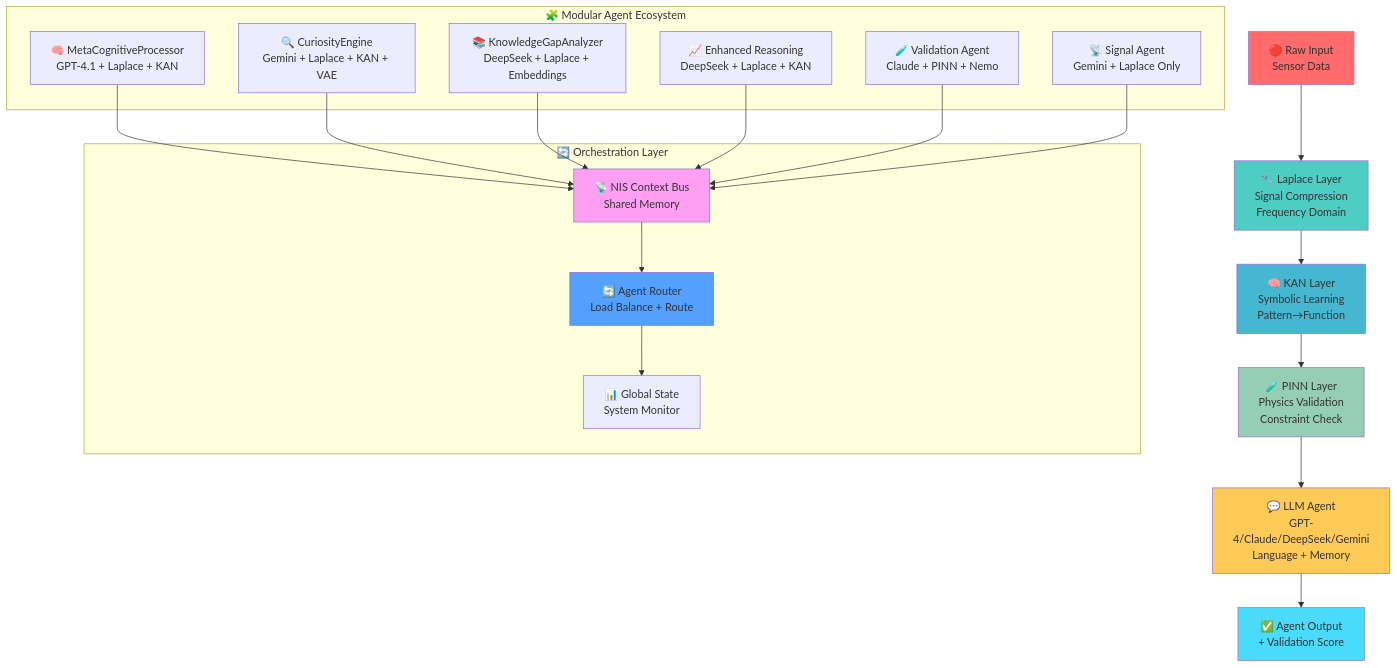
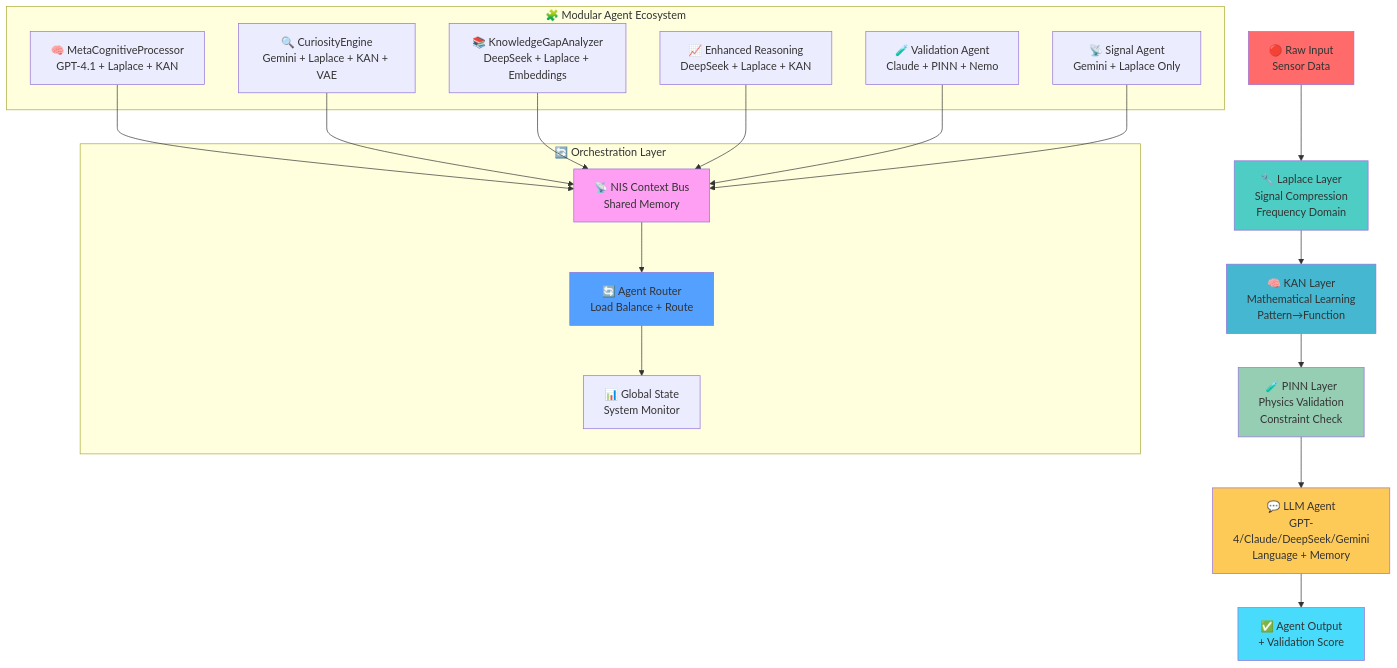
One commit to Organica-Ai-Solutions/NIS_Protocol changed the diagram in README.md. Above: the diagram before and after it, drawn with Mermaid. The commit also changed other lines of this file and 50 other files, not shown here.

````diff
--- a/README.md
+++ b/README.md
@@ -45,42 +45,42 @@
 ```mermaid
 graph TD
     A["🔴 Raw Input<br/>Sensor Data"] --> B["🔧 Laplace Layer<br/>Signal Compression<br/>Frequency Domain"]
-    B --> C["🧠 KAN Layer<br/>Symbolic Learning<br/>Pattern→Function"]
+    B --> C["🧠 KAN Layer<br/>Mathematical Learning<br/>Pattern→Function"]
     C --> D["🧪 PINN Layer<br/>Physics Validation<br/>Constraint Check"]
     D --> E["💬 LLM Agent<br/>GPT-4/Claude/DeepSeek/Gemini<br/>Language + Memory"]
     E --> F["✅ Agent Output<br/>+ Validation Score"]
     
     subgraph "🧩 Modular Agent Ecosystem"
         G["🧠 MetaCognitiveProcessor<br/>GPT-4.1 + Laplace + KAN"]
         H["🔍 CuriosityEngine<br/>Gemini + Laplace + KAN + VAE"]
         I["📚 KnowledgeGapAnalyzer<br/>DeepSeek + Laplace + Embeddings"]
         J["📈 Enhanced Reasoning<br/>DeepSeek + Laplace + KAN"]
         K["🧪 Validation Agent<br/>Claude + PINN + Nemo"]
         L["📡 Signal Agent<br/>Gemini + Laplace Only"]
     end
     
     subgraph "🔄 Orchestration Layer"
         M["📡 NIS Context Bus<br/>Shared Memory"]
         N["🔄 Agent Router<br/>Load Balance + Route"]
         O["📊 Global State<br/>System Monitor"]
     end
     
     G --> M
     H --> M
     I --> M
     J --> M
     K --> M
     L --> M
     
     M --> N
     N --> O
     
     style A fill:#ff6b6b
     style B fill:#4ecdc4
     style C fill:#45b7d1
     style D fill:#96ceb4
     style E fill:#feca57
     style F fill:#48dbfb
     style M fill:#ff9ff3
     style N fill:#54a0ff
 ```
````
